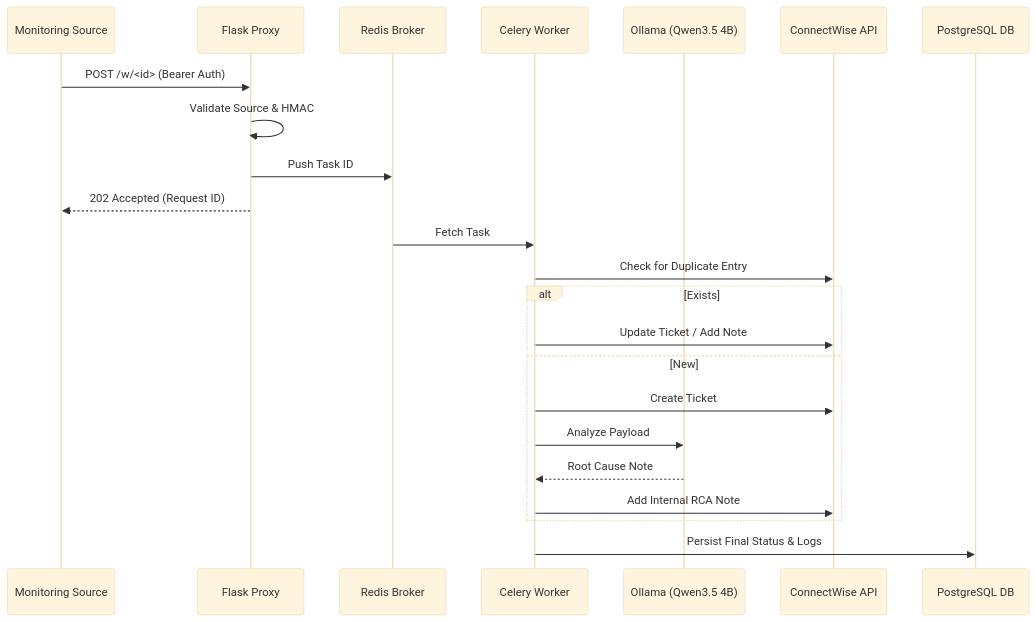
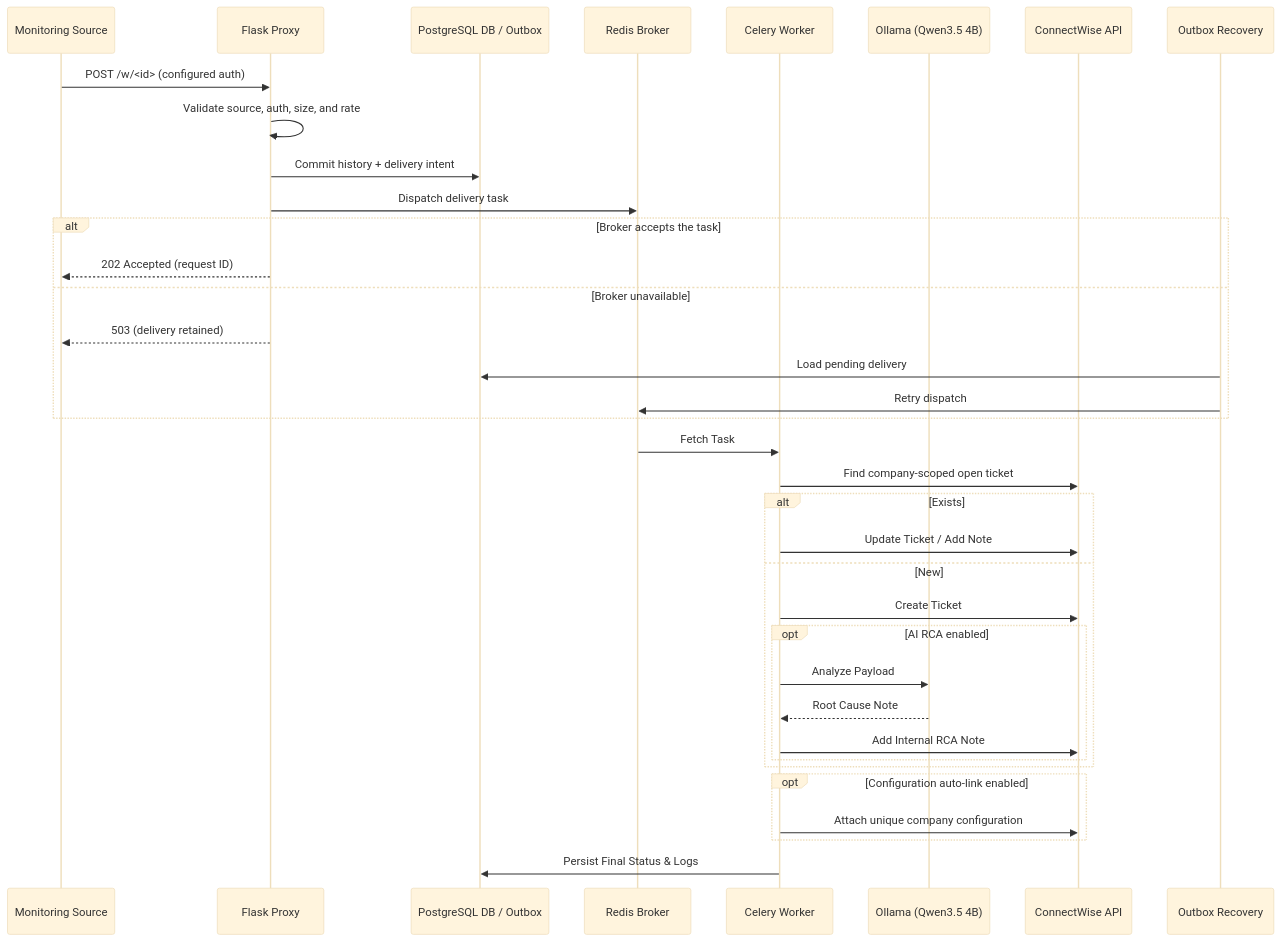
Before and after one commit to arumes31/hookwise: the fourth of 4 diagrams in README.md, drawn with Mermaid (base theme). The commit also changed other lines of this file, not shown here.

````diff
--- a/README.md
+++ b/README.md
@@ -85,27 +126,40 @@
 ```mermaid
 sequenceDiagram
     participant S as Monitoring Source
     participant P as Flask Proxy
+    participant D as PostgreSQL DB / Outbox
     participant R as Redis Broker
     participant W as Celery Worker
     participant A as Ollama (Qwen3.5 4B)
     participant C as ConnectWise API
-    participant D as PostgreSQL DB
+    participant O as Outbox Recovery
 
-    S->>P: POST /w/<id> (Bearer Auth)
-    P->>P: Validate Source & HMAC
-    P->>R: Push Task ID
-    P-->>S: 202 Accepted (Request ID)
+    S->>P: POST /w/<id> (configured auth)
+    P->>P: Validate source, auth, size, and rate
+    P->>D: Commit history + delivery intent
+    P->>R: Dispatch delivery task
+    alt Broker accepts the task
+        P-->>S: 202 Accepted (request ID)
+    else Broker unavailable
+        P-->>S: 503 (delivery retained)
+        O->>D: Load pending delivery
+        O->>R: Retry dispatch
+    end
     
     R->>W: Fetch Task
-    W->>C: Check for Duplicate Entry
+    W->>C: Find company-scoped open ticket
     alt Exists
         W->>C: Update Ticket / Add Note
     else New
         W->>C: Create Ticket
-        W->>A: Analyze Payload
-        A-->>W: Root Cause Note
-        W->>C: Add Internal RCA Note
+        opt AI RCA enabled
+            W->>A: Analyze Payload
+            A-->>W: Root Cause Note
+            W->>C: Add Internal RCA Note
+        end
+    end
+    opt Configuration auto-link enabled
+        W->>C: Attach unique company configuration
     end
     W->>D: Persist Final Status & Logs
 ```
````
